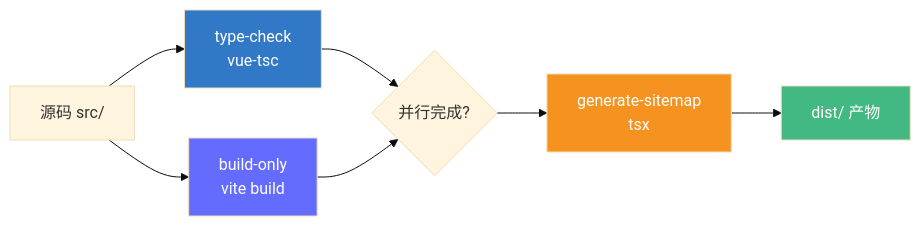
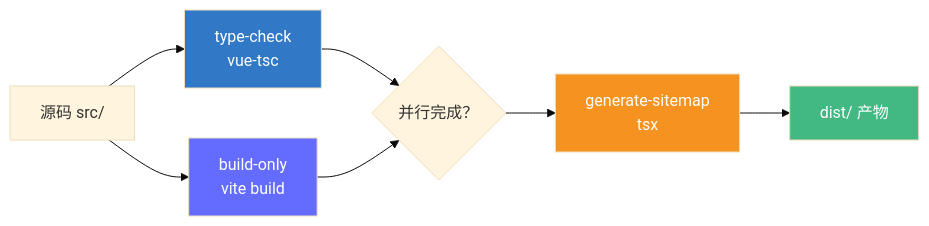
Before and after one commit to LuminolCraft/craft.luminolsuki.moe: the fifth of 5 diagrams in README.zh-CN.md, drawn with Mermaid (base theme). The commit also changed other lines of this file and 5 other files, not shown here.

````diff
--- a/README.zh-CN.md
+++ b/README.zh-CN.md
@@ -1288,14 +1381,14 @@
 ```mermaid
 flowchart LR
     A["源码 src/"] --> B["type-check<br/>vue-tsc"]
     A --> C["build-only<br/>vite build"]
-    B --> D{并行完成?}
+    B --> D{并行完成？}
     C --> D
     D --> E["generate-sitemap<br/>tsx"]
     E --> F["dist/ 产物"]
 
     style B fill:#3178c6,color:#fff
     style C fill:#646cff,color:#fff
     style E fill:#f69220,color:#fff
     style F fill:#42b883,color:#fff
 ```
````
